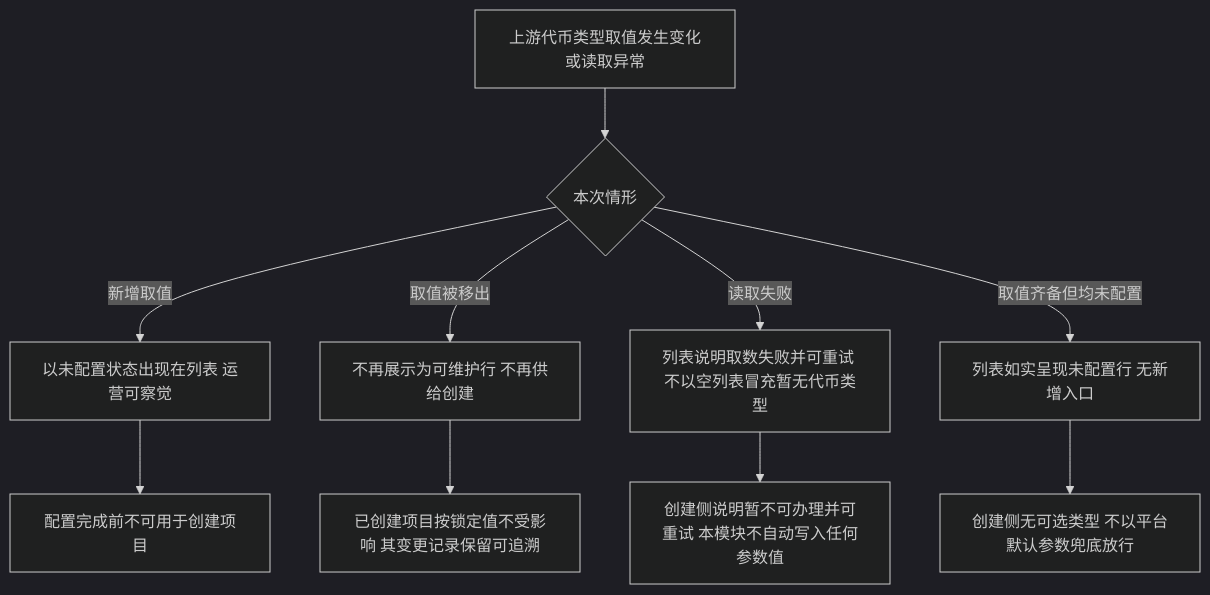
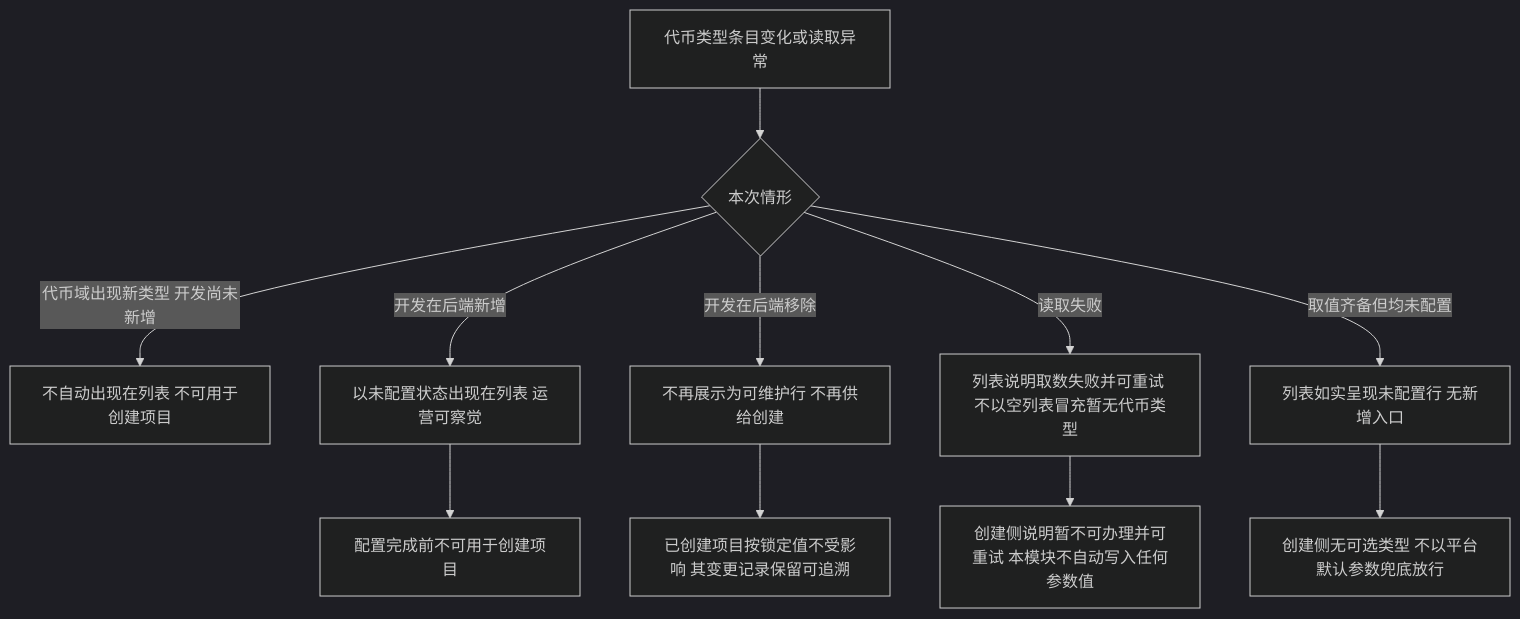
Before and after one commit to wxblockchain/Chain-Financing: the third of 5 diagrams in lending-platform/PRD/运营端/02-运营端融资参数配置/02-运营端融资参数配置-流程图与状态机.md, drawn with Mermaid (dark theme). The commit also changed other lines of this file and 4 other files, not shown here.

````diff
--- a/lending-platform/PRD/运营端/02-运营端融资参数配置/02-运营端融资参数配置-流程图与状态机.md
+++ b/lending-platform/PRD/运营端/02-运营端融资参数配置/02-运营端融资参数配置-流程图与状态机.md
@@ -73,12 +73,13 @@
 ```mermaid
 flowchart TD
-    A[上游代币类型取值发生变化或读取异常] --> B{本次情形}
-    B -->|新增取值| C[以未配置状态出现在列表 运营可察觉]
+    A[代币类型条目变化或读取异常] --> B{本次情形}
+    B -->|代币域出现新类型 开发尚未新增| K[不自动出现在列表 不可用于创建项目]
+    B -->|开发在后端新增| C[以未配置状态出现在列表 运营可察觉]
     C --> D[配置完成前不可用于创建项目]
-    B -->|取值被移出| E[不再展示为可维护行 不再供给创建]
+    B -->|开发在后端移除| E[不再展示为可维护行 不再供给创建]
     E --> F[已创建项目按锁定值不受影响 其变更记录保留可追溯]
     B -->|读取失败| G[列表说明取数失败并可重试 不以空列表冒充暂无代币类型]
     G --> H[创建侧说明暂不可办理并可重试 本模块不自动写入任何参数值]
     B -->|取值齐备但均未配置| I[列表如实呈现未配置行 无新增入口]
     I --> J[创建侧无可选类型 不以平台默认参数兜底放行]
 ```
````
